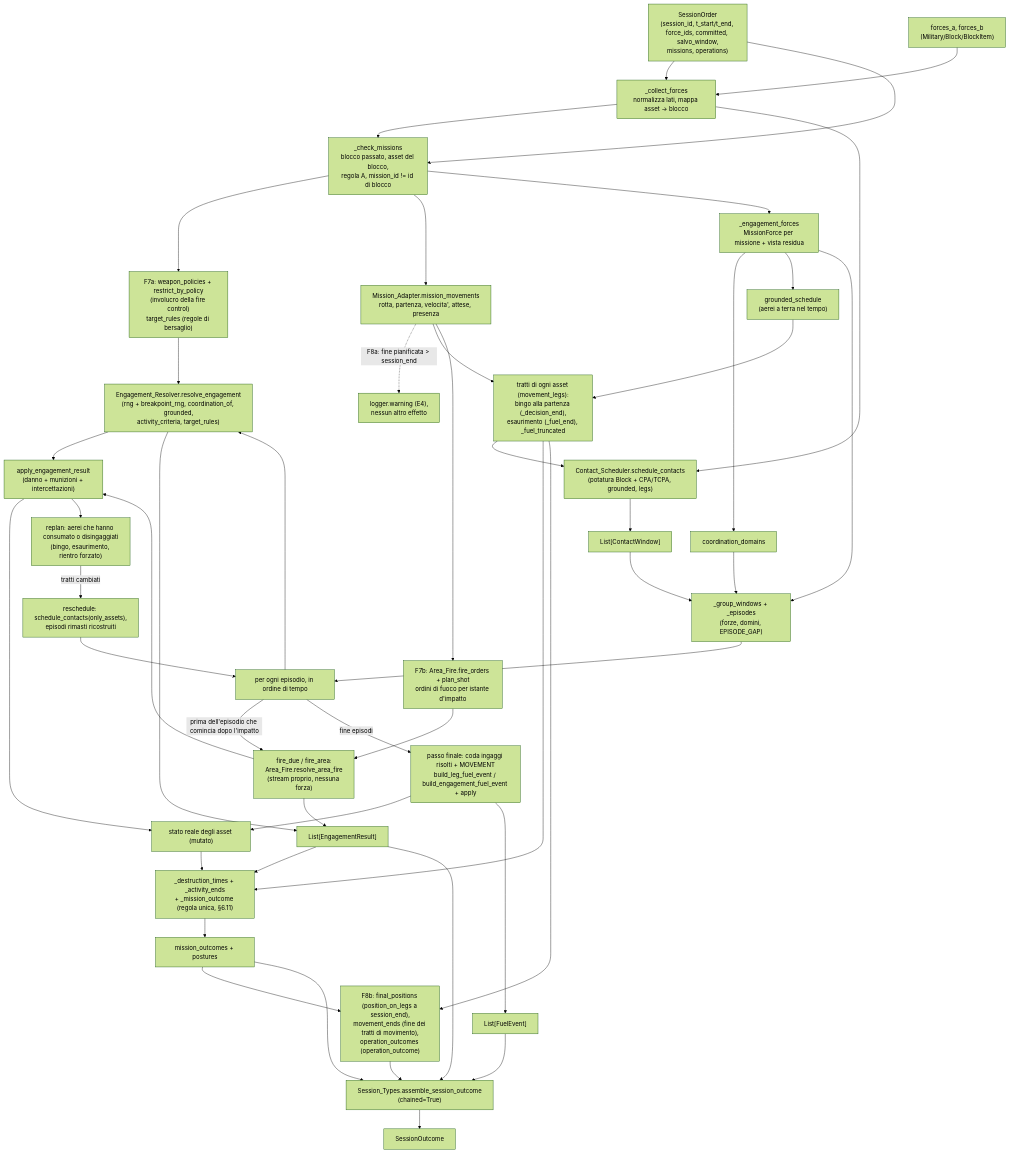
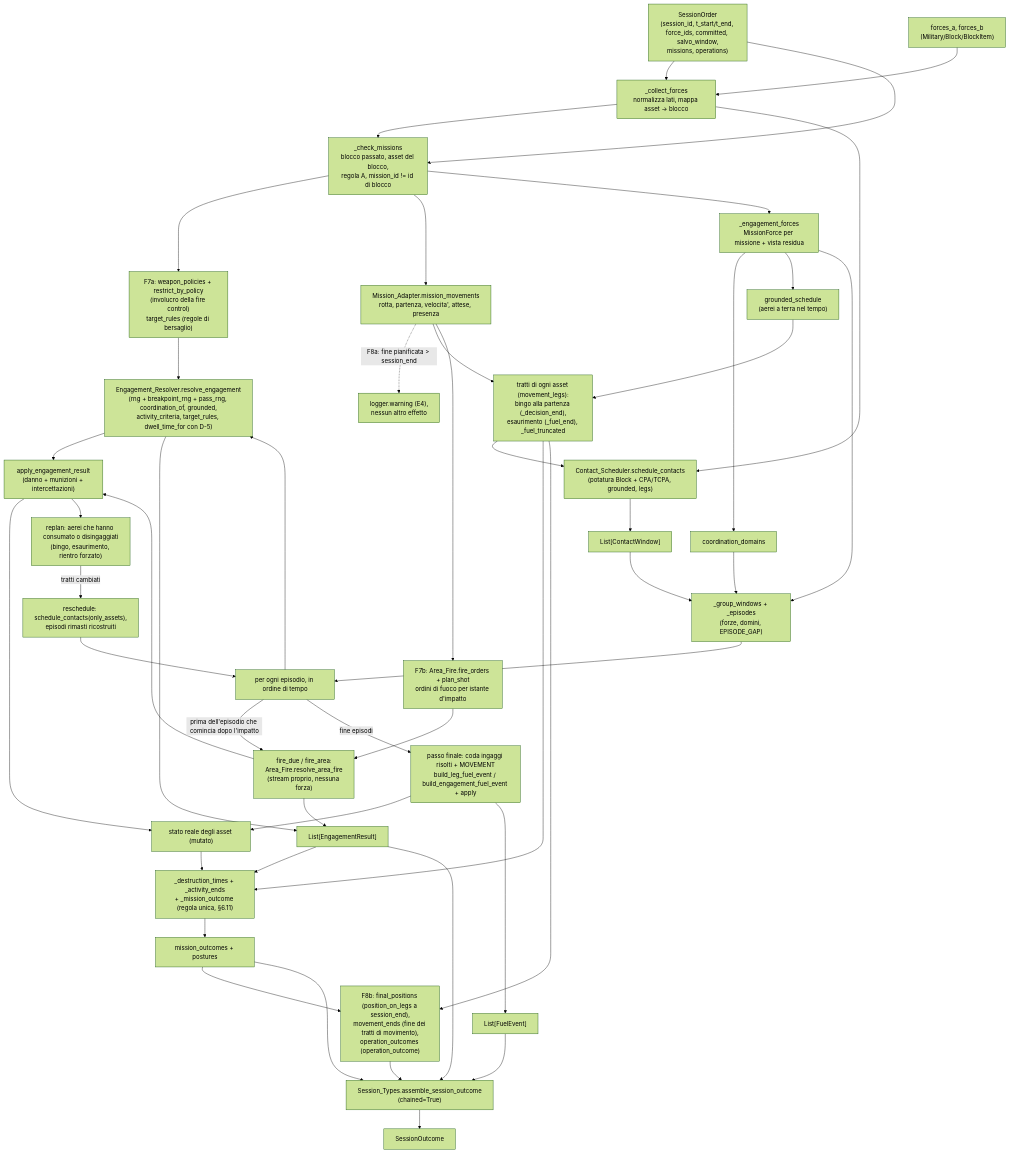
One commit to MakusIV/Warfare-Model changed the first of 18 diagrams in Analysis/Document/Manuale_Motore_DES/07_Orchestratore_Session_Simulator.md. Above: the diagram before and after it, drawn with Mermaid (forest theme). The commit also changed other lines of this file and 11 other files, not shown here.

````diff
--- a/Analysis/Document/Manuale_Motore_DES/07_Orchestratore_Session_Simulator.md
+++ b/Analysis/Document/Manuale_Motore_DES/07_Orchestratore_Session_Simulator.md
@@ -343,57 +360,57 @@
 ```mermaid
 flowchart TD
     ORD["SessionOrder<br/>(session_id, t_start/t_end, force_ids, committed, salvo_window,<br/>missions, operations)"]
     FORCES["forces_a, forces_b<br/>(Military/Block/BlockItem)"]
 
     ORD --> COLLECT["_collect_forces<br/>normalizza lati, mappa asset -> blocco"]
     FORCES --> COLLECT
     COLLECT --> CHECK["_check_missions<br/>blocco passato, asset del blocco,<br/>regola A, mission_id != id di blocco"]
     ORD --> CHECK
     CHECK --> POL["F7a: weapon_policies + restrict_by_policy<br/>(involucro della fire control)<br/>target_rules (regole di bersaglio)"]
     CHECK --> MA["Mission_Adapter.mission_movements<br/>rotta, partenza, velocita', attese, presenza"]
     MA -.->|"F8a: fine pianificata > session_end"| WARN["logger.warning (E4),<br/>nessun altro effetto"]
     CHECK --> EF["_engagement_forces<br/>MissionForce per missione + vista residua"]
     EF --> DOM["coordination_domains"]
     EF --> GRD["grounded_schedule<br/>(aerei a terra nel tempo)"]
 
     MA --> LEGS["tratti di ogni asset (movement_legs):<br/>bingo alla partenza (_decision_end),<br/>esaurimento (_fuel_end), _fuel_truncated"]
     GRD --> LEGS
     LEGS --> SCHED["Contact_Scheduler.schedule_contacts<br/>(potatura Block + CPA/TCPA, grounded, legs)"]
     COLLECT --> SCHED
     SCHED --> WINDOWS["List[ContactWindow]"]
     WINDOWS --> GROUP["_group_windows + _episodes<br/>(forze, domini, EPISODE_GAP)"]
     EF --> GROUP
     DOM --> GROUP
 
     GROUP --> LOOP["per ogni episodio, in ordine di tempo"]
     MA --> AFO["F7b: Area_Fire.fire_orders + plan_shot<br/>ordini di fuoco per istante d'impatto"]
     AFO --> AFE["fire_due / fire_area:<br/>Area_Fire.resolve_area_fire<br/>(stream proprio, nessuna forza)"]
     LOOP -->|"prima dell'episodio che comincia dopo l'impatto"| AFE
     AFE --> APPLY
-    LOOP --> ER["Engagement_Resolver.resolve_engagement<br/>(rng + breakpoint_rng, coordination_of, grounded,<br/>activity_criteria, target_rules)"]
+    LOOP --> ER["Engagement_Resolver.resolve_engagement<br/>(rng + breakpoint_rng + pass_rng, coordination_of, grounded,<br/>activity_criteria, target_rules, dwell_time_for con D-5)"]
     ER --> APPLY["apply_engagement_result<br/>(danno + munizioni + intercettazioni)"]
     APPLY --> STATE["stato reale degli asset (mutato)"]
     APPLY --> REPLAN["replan: aerei che hanno consumato o disingaggiati<br/>(bingo, esaurimento, rientro forzato)"]
     REPLAN -->|tratti cambiati| RESCHED["reschedule: schedule_contacts(only_assets),<br/>episodi rimasti ricostruiti"]
     RESCHED --> LOOP
 
     LOOP -->|fine episodi| FUEL["passo finale: coda ingaggi risolti + MOVEMENT<br/>build_leg_fuel_event / build_engagement_fuel_event + apply"]
     FUEL --> STATE
     POL --> ER
     ER --> RESULTS["List[EngagementResult]"]
     AFE --> RESULTS
     FUEL --> FEVENTS["List[FuelEvent]"]
 
     RESULTS --> MOUT["_destruction_times + _activity_ends<br/>+ _mission_outcome (regola unica, §6.11)"]
     LEGS --> MOUT
     STATE --> MOUT
     MOUT --> MOS["mission_outcomes + postures"]
     LEGS --> CAMP["F8b: final_positions (position_on_legs a session_end),<br/>movement_ends (fine dei tratti di movimento),<br/>operation_outcomes (operation_outcome)"]
     MOS --> CAMP
 
     RESULTS --> ASSEMBLE["Session_Types.assemble_session_outcome<br/>(chained=True)"]
     FEVENTS --> ASSEMBLE
     MOS --> ASSEMBLE
     CAMP --> ASSEMBLE
     ASSEMBLE --> OUT["SessionOutcome"]
 ```
````
